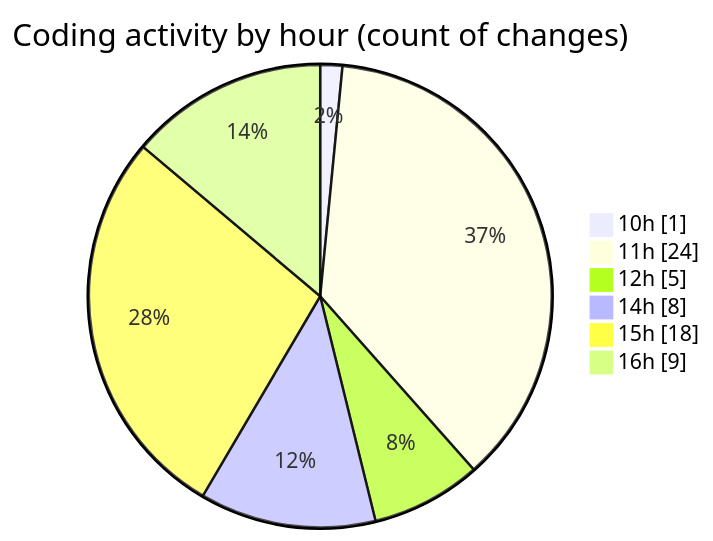
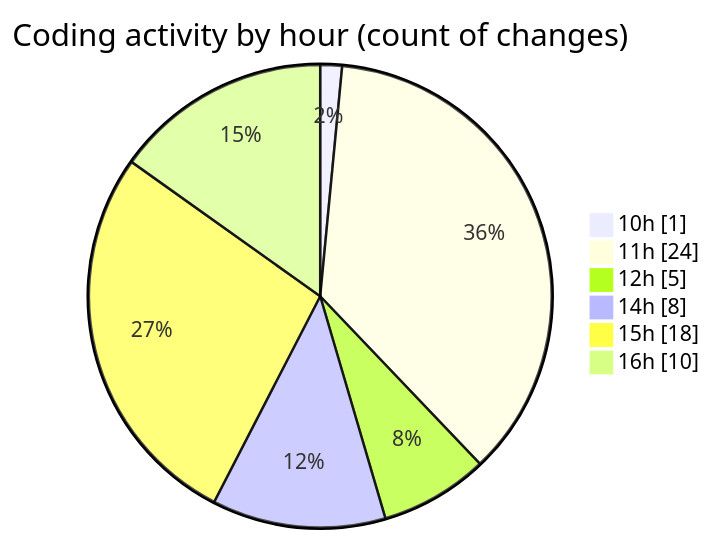
One commit to debugP/code-tracking changed the second of 2 diagrams in 2025-10-03/untitled__workspace_/README.md. Above: the diagram before and after it, drawn with Mermaid. The commit also changed other lines of this file and 1 other file, not shown here.

````diff
--- a/2025-10-03/untitled__workspace_/README.md
+++ b/2025-10-03/untitled__workspace_/README.md
@@ -31,10 +31,10 @@
 ```mermaid
 pie showData
 title Coding activity by hour (count of changes)
 "10h" : 1
 "11h" : 24
 "12h" : 5
 "14h" : 8
 "15h" : 18
-"16h" : 9
+"16h" : 10
 ```
````
